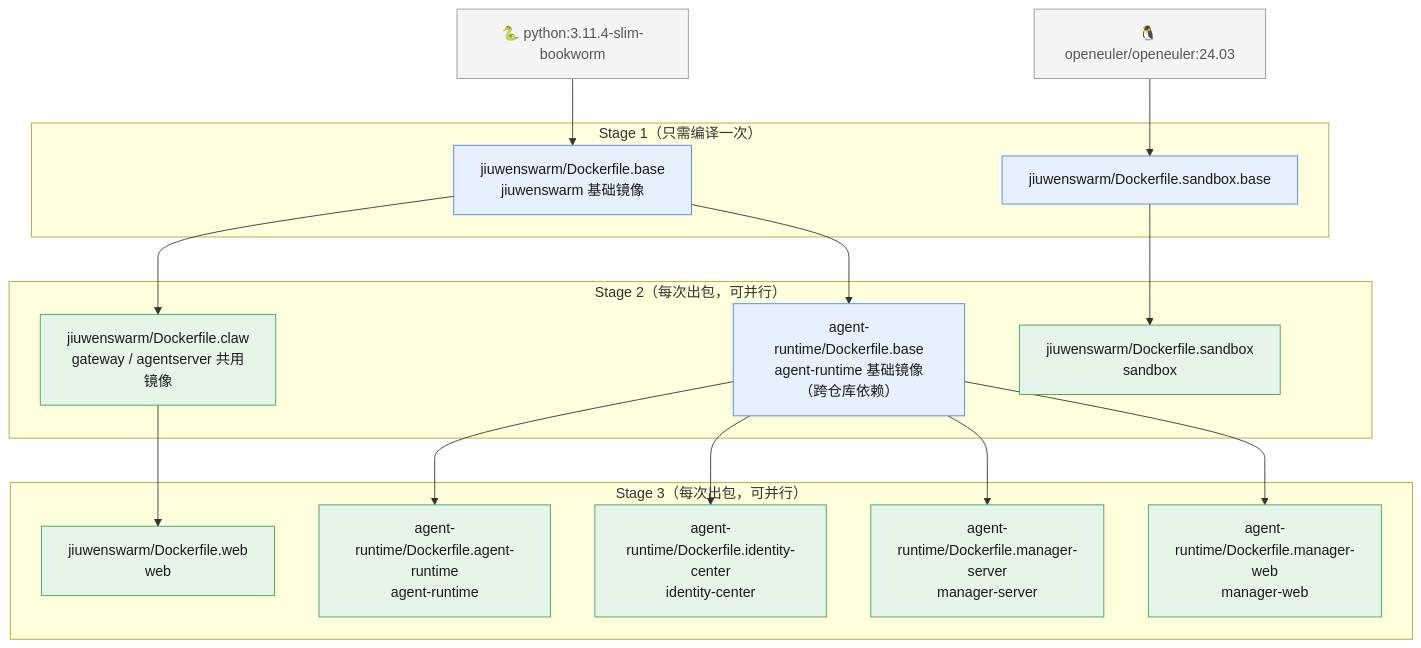
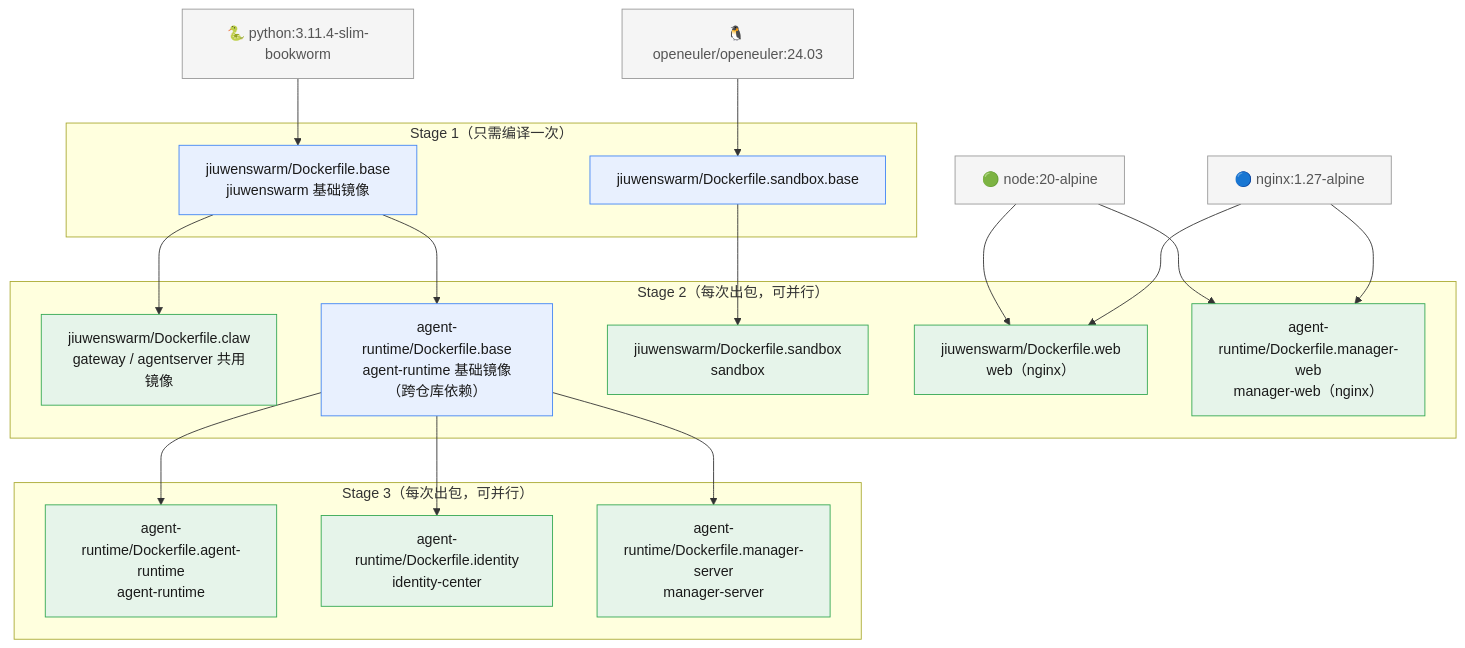
Before and after one commit to openJiuwen-ai/jiuwenswarm: the diagram in docker/image-build-dependency.md, drawn with Mermaid. The commit also changed other lines of this file and 3 other files, not shown here.

````diff
--- a/docker/image-build-dependency.md
+++ b/docker/image-build-dependency.md
@@ -7,60 +11,64 @@
 ```mermaid
 graph TD
     %% ==== 外部基础镜像（Stage 0）====
     PY["🐍 python:3.11.4-slim-bookworm"]
     OE["🐧 openeuler/openeuler:24.03"]
+    NODE["🟢 node:20-alpine"]
+    NGINX["🔵 nginx:1.27-alpine"]
 
     %% ==== Stage 1：基础镜像（只需编译一次）====
     JB["jiuwenswarm/Dockerfile.base<br/>jiuwenswarm 基础镜像"]
     SB["jiuwenswarm/Dockerfile.sandbox.base"]
 
-    %% ==== Stage 2 ====
+    %% ==== Stage 2（web / manager-web 亦在此阶段出包）====
     CLAW["jiuwenswarm/Dockerfile.claw<br/>gateway / agentserver 共用镜像"]
     AB["agent-runtime/Dockerfile.base<br/>agent-runtime 基础镜像<br/>（跨仓库依赖）"]
     SA["jiuwenswarm/Dockerfile.sandbox<br/>sandbox"]
+    WEB["jiuwenswarm/Dockerfile.web<br/>web（nginx）"]
+    MW["agent-runtime/Dockerfile.manager-web<br/>manager-web（nginx）"]
 
-    %% ==== Stage 3：业务镜像（可并行）====
-    WEB["jiuwenswarm/Dockerfile.web<br/>web"]
+    %% ==== Stage 3 ====
     AR["agent-runtime/Dockerfile.agent-runtime<br/>agent-runtime"]
-    IC["agent-runtime/Dockerfile.identity-center<br/>identity-center"]
+    IC["agent-runtime/Dockerfile.identity<br/>identity-center"]
     MS["agent-runtime/Dockerfile.manager-server<br/>manager-server"]
-    MW["agent-runtime/Dockerfile.manager-web<br/>manager-web"]
 
     %% ==== 依赖边 ====
     PY --> JB
     JB --> CLAW
     JB --> AB
-    CLAW --> WEB
     AB --> AR
     AB --> IC
     AB --> MS
-    AB --> MW
     OE --> SB
     SB --> SA
+    NODE --> WEB
+    NGINX --> WEB
+    NODE --> MW
+    NGINX --> MW
 
     %% ==== 按 Stage 分组 ====
     subgraph S1["Stage 1（只需编译一次）"]
         JB
         SB
     end
     subgraph S2["Stage 2（每次出包，可并行）"]
         CLAW
         AB
         SA
+        WEB
+        MW
     end
     subgraph S3["Stage 3（每次出包，可并行）"]
-        WEB
         AR
         IC
         MS
-        MW
     end
 
     %% ==== 样式 ====
     classDef external fill:#f5f5f5,stroke:#999,color:#555
     classDef base fill:#e8f0fe,stroke:#4285f4,color:#1a1a1a
     classDef biz fill:#e6f4ea,stroke:#34a853,color:#1a1a1a
-    class PY,OE external
+    class PY,OE,NODE,NGINX external
     class JB,AB,SB base
     class CLAW,WEB,SA,AR,IC,MS,MW biz
 ```
````
